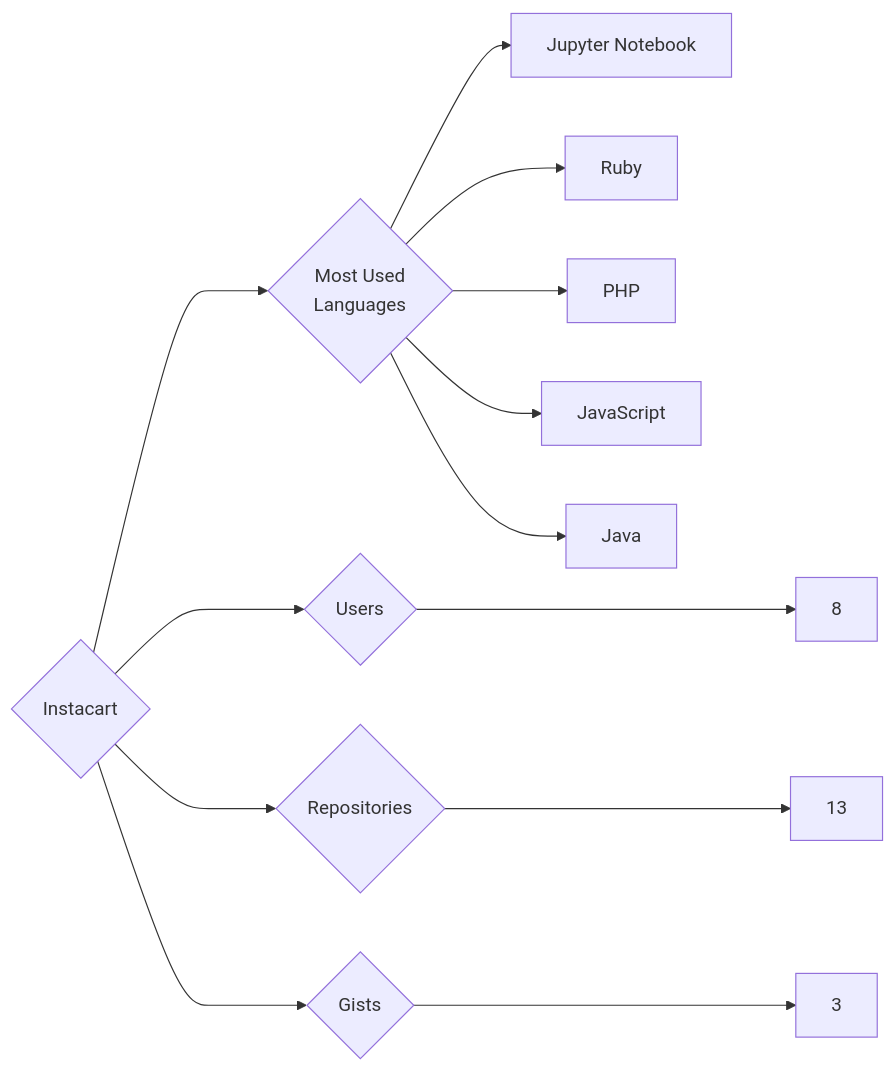
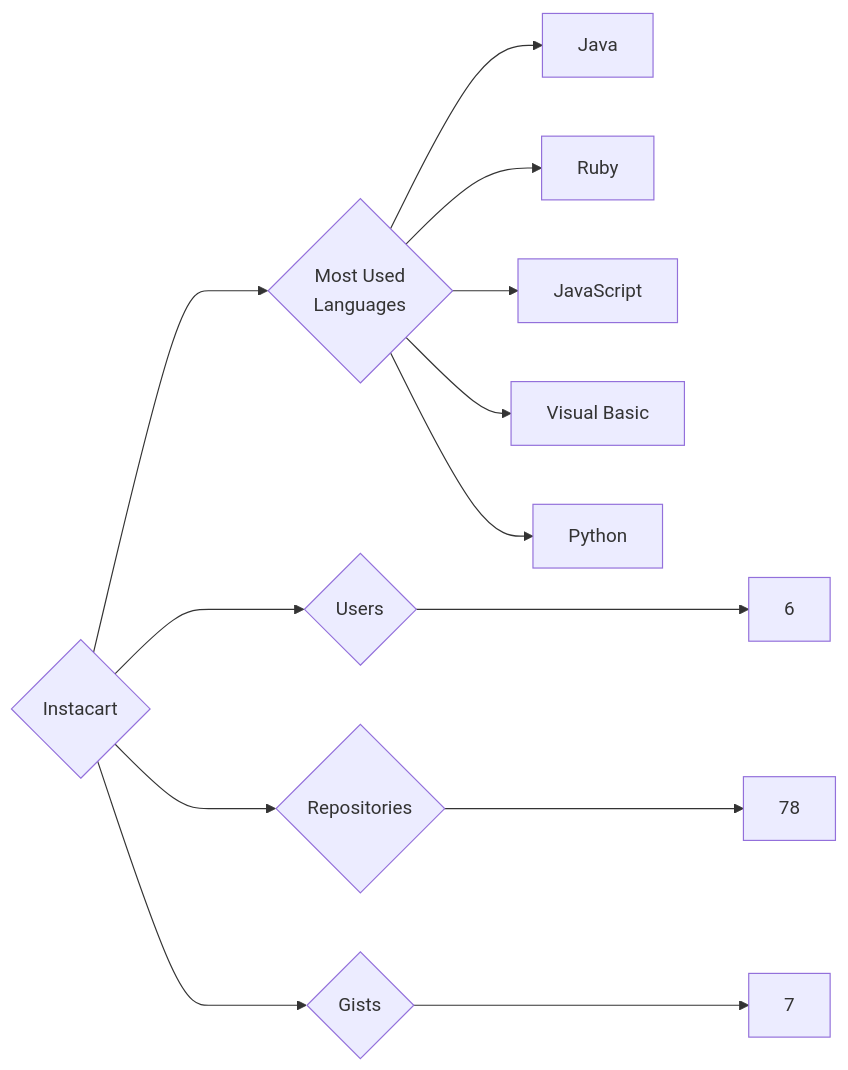
Before and after one commit to trickest/insiders: the diagram in targets/Instacart/README.md, drawn with Mermaid. The commit also changed 880 other files, not shown here.

````diff
--- a/targets/Instacart/README.md
+++ b/targets/Instacart/README.md
@@ -3,13 +3,13 @@
 ```mermaid
 graph LR
 COMPANY_NAME{Instacart}
-COMPANY_NAME ---> U{Users} ---> UN[8]
-COMPANY_NAME ---> R{Repositories} ---> RN[13]
-COMPANY_NAME ---> G{Gists} ---> GN[3]
+COMPANY_NAME ---> U{Users} ---> UN[6]
+COMPANY_NAME ---> R{Repositories} ---> RN[78]
+COMPANY_NAME ---> G{Gists} ---> GN[7]
 COMPANY_NAME ---> ML{Most Used<br>Languages}
-ML --> Jupyter_Notebook[Jupyter Notebook]
+ML --> Java[Java]
 ML --> Ruby[Ruby]
-ML --> PHP[PHP]
 ML --> JavaScript[JavaScript]
-ML --> Java[Java]
+ML --> Visual_Basic[Visual Basic]
+ML --> Python[Python]
 ```
````
